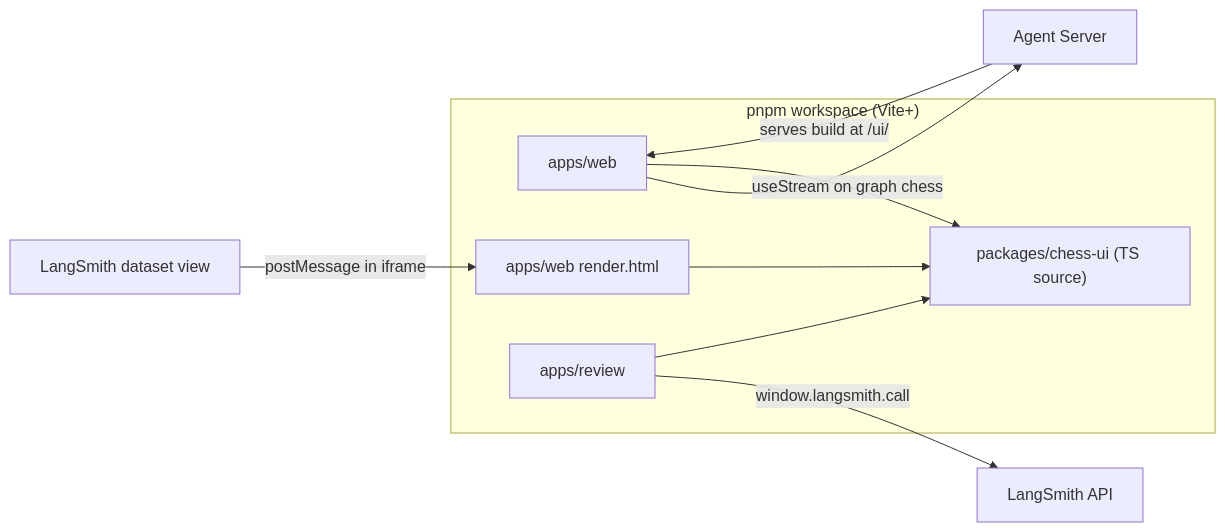
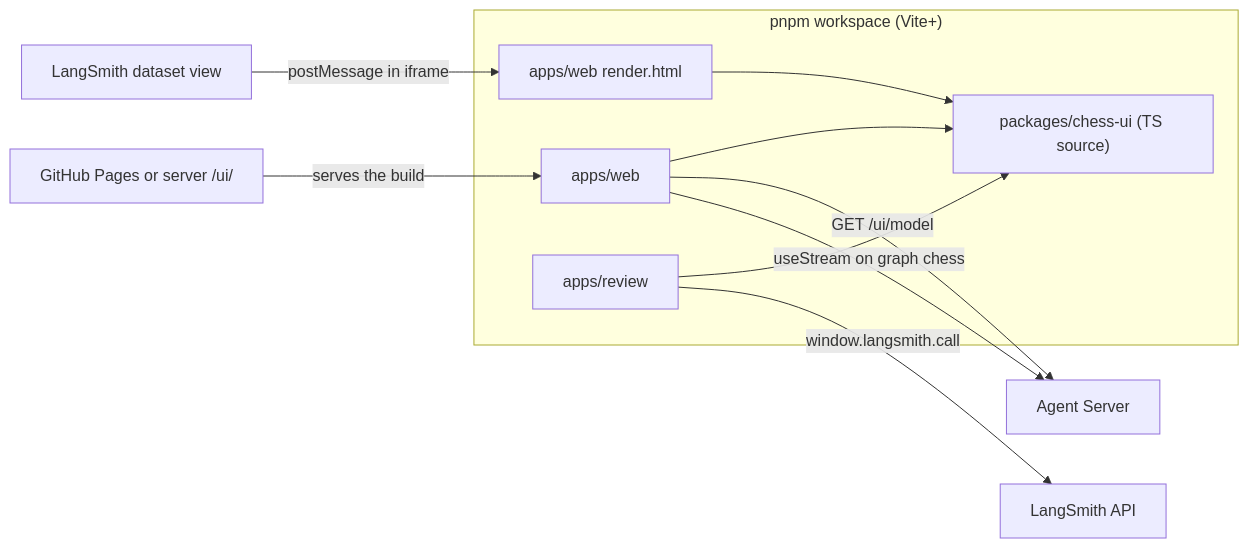
One commit to darieldatoon/langchain-chess changed the first of 4 diagrams in openwiki/architecture/web-frontends.md. Above: the diagram before and after it, drawn with Mermaid. The commit also changed other lines of this file and 48 other files, not shown here.

````diff
--- a/openwiki/architecture/web-frontends.md
+++ b/openwiki/architecture/web-frontends.md
@@ -125,16 +135,17 @@
 ```mermaid
 flowchart LR
   subgraph Workspace["pnpm workspace (Vite+)"]
     Web["apps/web"]
     Render["apps/web render.html"]
     Review["apps/review"]
     UI["packages/chess-ui (TS source)"]
   end
   Web -->|"useStream on graph chess"| AS["Agent Server"]
-  AS -->|"serves build at /ui/"| Web
+  Web -->|"GET /ui/model"| AS
+  Pages["GitHub Pages or server /ui/"] -->|"serves the build"| Web
   LSR["LangSmith dataset view"] -->|"postMessage in iframe"| Render
   Review -->|"window.langsmith.call"| LS["LangSmith API"]
   Web --> UI
   Render --> UI
   Review --> UI
 ```
````
